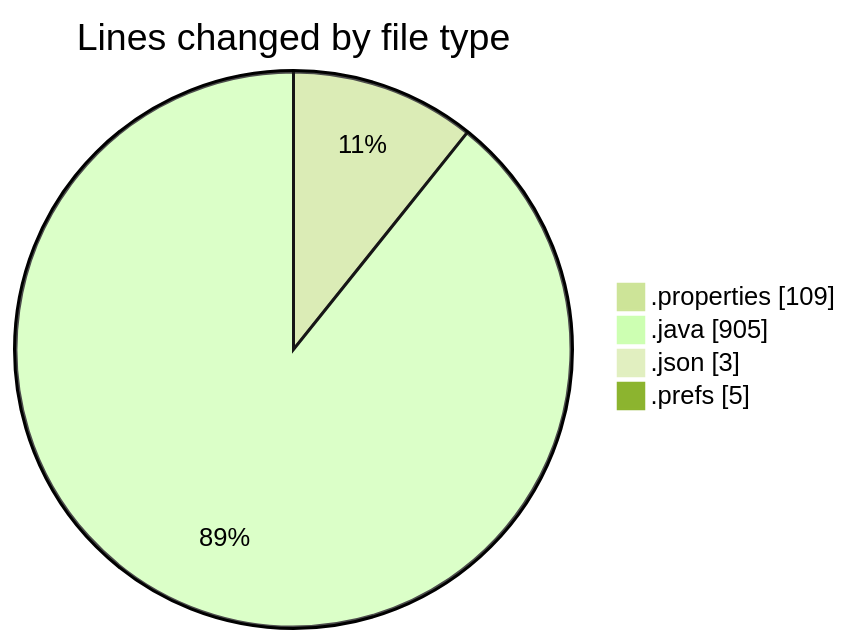
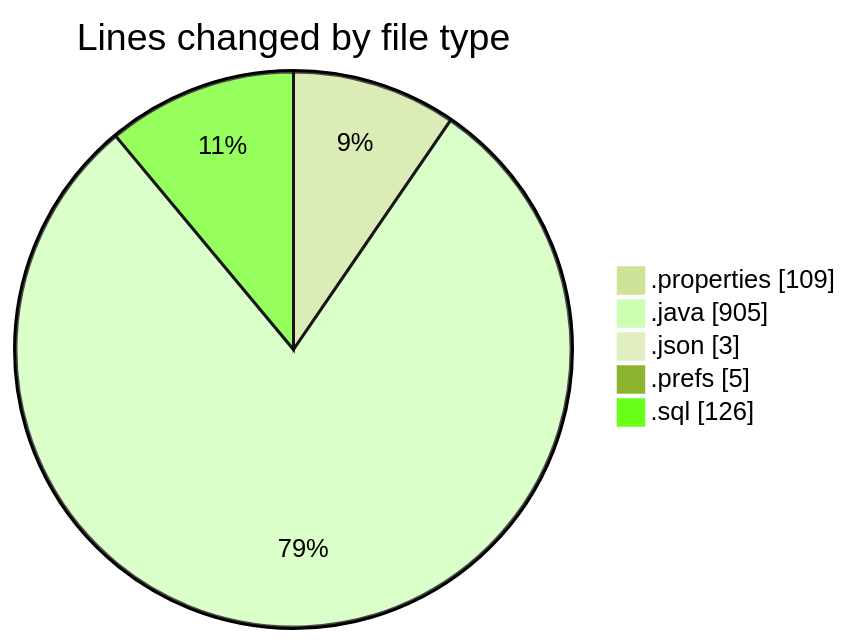
The first of 2 diagrams in 2026-06-09/cilreports__workspace_/README.md (ricardozamudiocil/code-tracking), drawn with Mermaid (forest theme) before and after one commit. The commit also changed other lines of this file and 1 other file, not shown here.

````diff
--- a/2026-06-09/cilreports__workspace_/README.md
+++ b/2026-06-09/cilreports__workspace_/README.md
@@ -27,8 +28,9 @@
 ```mermaid
 pie showData
 title Lines changed by file type
 ".properties" : 109
 ".java" : 905
 ".json" : 3
 ".prefs" : 5
+".sql" : 126
 ```
````
